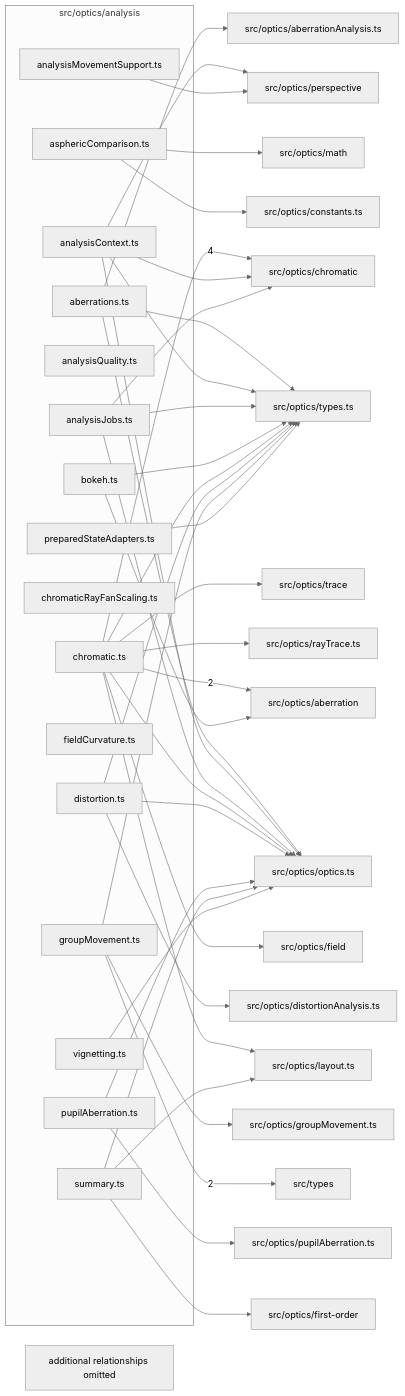
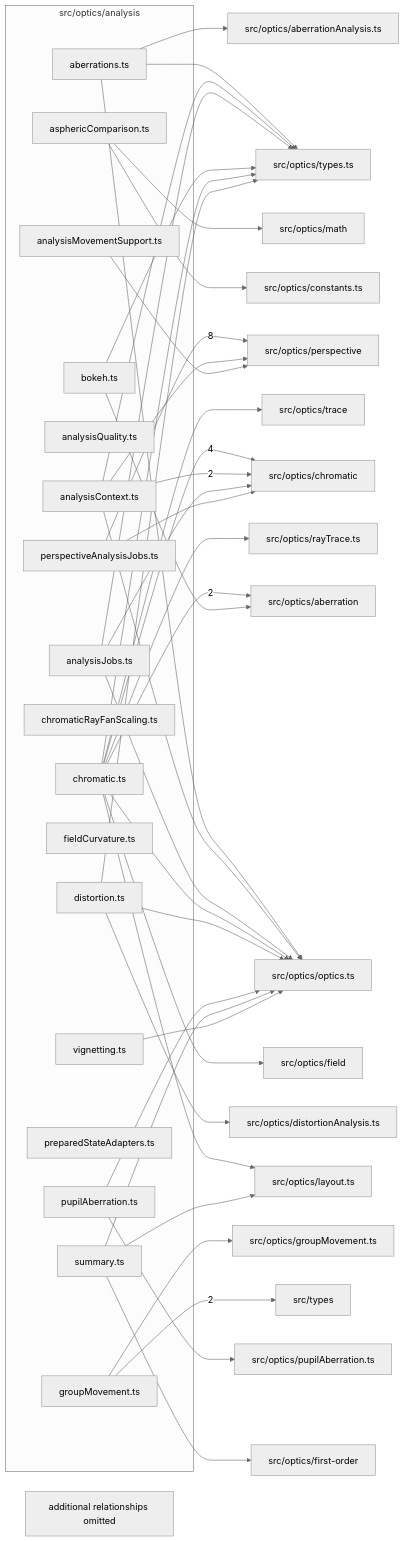
The diagram in src/optics/analysis/readme.md (ronbuening/LensVisualizer), drawn with Mermaid (neutral theme) before and after one commit. The commit also changed other lines of this file and 62 other files, not shown here.

Commit message:
feat: make perspective analyses movement aware

````diff
--- a/src/optics/analysis/readme.md
+++ b/src/optics/analysis/readme.md
@@ -9,75 +9,76 @@
 ```mermaid
 flowchart LR
   subgraph n_src_optics_analysis["src/optics/analysis"]
     n_src_optics_analysis_src_optics_analysis_aberrations_ts["aberrations.ts"]
     n_src_optics_analysis_src_optics_analysis_analysisContext_ts["analysisContext.ts"]
     n_src_optics_analysis_src_optics_analysis_analysisJobs_ts["analysisJobs.ts"]
     n_src_optics_analysis_src_optics_analysis_analysisMovementSupport_ts["analysisMovementSupport.ts"]
     n_src_optics_analysis_src_optics_analysis_analysisQuality_ts["analysisQuality.ts"]
     n_src_optics_analysis_src_optics_analysis_asphericComparison_ts["asphericComparison.ts"]
     n_src_optics_analysis_src_optics_analysis_bokeh_ts["bokeh.ts"]
     n_src_optics_analysis_src_optics_analysis_chromatic_ts["chromatic.ts"]
     n_src_optics_analysis_src_optics_analysis_chromaticRayFanScaling_ts["chromaticRayFanScaling.ts"]
     n_src_optics_analysis_src_optics_analysis_distortion_ts["distortion.ts"]
     n_src_optics_analysis_src_optics_analysis_fieldCurvature_ts["fieldCurvature.ts"]
     n_src_optics_analysis_src_optics_analysis_groupMovement_ts["groupMovement.ts"]
+    n_src_optics_analysis_src_optics_analysis_perspectiveAnalysisJobs_ts["perspectiveAnalysisJobs.ts"]
     n_src_optics_analysis_src_optics_analysis_preparedStateAdapters_ts["preparedStateAdapters.ts"]
     n_src_optics_analysis_src_optics_analysis_pupilAberration_ts["pupilAberration.ts"]
     n_src_optics_analysis_src_optics_analysis_summary_ts["summary.ts"]
     n_src_optics_analysis_src_optics_analysis_vignetting_ts["vignetting.ts"]
   end
+  n_external_src_optics_perspective["src/optics/perspective"]
   n_external_src_optics_chromatic["src/optics/chromatic"]
   n_external_src_optics_aberration["src/optics/aberration"]
   n_external_src_types["src/types"]
   n_external_src_optics_aberrationAnalysis_ts["src/optics/aberrationAnalysis.ts"]
   n_external_src_optics_constants_ts["src/optics/constants.ts"]
   n_external_src_optics_distortionAnalysis_ts["src/optics/distortionAnalysis.ts"]
   n_external_src_optics_field["src/optics/field"]
   n_external_src_optics_first_order["src/optics/first-order"]
   n_external_src_optics_groupMovement_ts["src/optics/groupMovement.ts"]
   n_external_src_optics_layout_ts["src/optics/layout.ts"]
   n_external_src_optics_math["src/optics/math"]
   n_external_src_optics_optics_ts["src/optics/optics.ts"]
-  n_external_src_optics_perspective["src/optics/perspective"]
   n_external_src_optics_pupilAberration_ts["src/optics/pupilAberration.ts"]
   n_external_src_optics_rayTrace_ts["src/optics/rayTrace.ts"]
   n_external_src_optics_trace["src/optics/trace"]
   n_external_src_optics_types_ts["src/optics/types.ts"]
+  n_src_optics_analysis_src_optics_analysis_perspectiveAnalysisJobs_ts --> |8| n_external_src_optics_perspective
   n_src_optics_analysis_src_optics_analysis_chromatic_ts --> |4| n_external_src_optics_chromatic
   n_src_optics_analysis_src_optics_analysis_chromatic_ts --> |2| n_external_src_optics_aberration
+  n_src_optics_analysis_src_optics_analysis_analysisContext_ts --> |2| n_external_src_optics_chromatic
   n_src_optics_analysis_src_optics_analysis_groupMovement_ts --> |2| n_external_src_types
   n_src_optics_analysis_src_optics_analysis_bokeh_ts --> n_external_src_optics_aberration
   n_src_optics_analysis_src_optics_analysis_aberrations_ts --> n_external_src_optics_aberrationAnalysis_ts
-  n_src_optics_analysis_src_optics_analysis_analysisContext_ts --> n_external_src_optics_chromatic
   n_src_optics_analysis_src_optics_analysis_analysisJobs_ts --> n_external_src_optics_chromatic
+  n_src_optics_analysis_src_optics_analysis_perspectiveAnalysisJobs_ts --> n_external_src_optics_chromatic
   n_src_optics_analysis_src_optics_analysis_asphericComparison_ts --> n_external_src_optics_constants_ts
   n_src_optics_analysis_src_optics_analysis_distortion_ts --> n_external_src_optics_distortionAnalysis_ts
   n_src_optics_analysis_src_optics_analysis_chromatic_ts --> n_external_src_optics_field
   n_src_optics_analysis_src_optics_analysis_summary_ts --> n_external_src_optics_first_order
   n_src_optics_analysis_src_optics_analysis_groupMovement_ts --> n_external_src_optics_groupMovement_ts
   n_src_optics_analysis_src_optics_analysis_chromatic_ts --> n_external_src_optics_layout_ts
   n_src_optics_analysis_src_optics_analysis_summary_ts --> n_external_src_optics_layout_ts
   n_src_optics_analysis_src_optics_analysis_asphericComparison_ts --> n_external_src_optics_math
   n_src_optics_analysis_src_optics_analysis_aberrations_ts --> n_external_src_optics_optics_ts
   n_src_optics_analysis_src_optics_analysis_analysisContext_ts --> n_external_src_optics_optics_ts
   n_src_optics_analysis_src_optics_analysis_analysisJobs_ts --> n_external_src_optics_optics_ts
   n_src_optics_analysis_src_optics_analysis_chromatic_ts --> n_external_src_optics_optics_ts
   n_src_optics_analysis_src_optics_analysis_distortion_ts --> n_external_src_optics_optics_ts
   n_src_optics_analysis_src_optics_analysis_pupilAberration_ts --> n_external_src_optics_optics_ts
   n_src_optics_analysis_src_optics_analysis_summary_ts --> n_external_src_optics_optics_ts
   n_src_optics_analysis_src_optics_analysis_vignetting_ts --> n_external_src_optics_optics_ts
   n_src_optics_analysis_src_optics_analysis_analysisContext_ts --> n_external_src_optics_perspective
   n_src_optics_analysis_src_optics_analysis_analysisMovementSupport_ts --> n_external_src_optics_perspective
   n_src_optics_analysis_src_optics_analysis_pupilAberration_ts --> n_external_src_optics_pupilAberration_ts
   n_src_optics_analysis_src_optics_analysis_chromatic_ts --> n_external_src_optics_rayTrace_ts
   n_src_optics_analysis_src_optics_analysis_chromatic_ts --> n_external_src_optics_trace
   n_src_optics_analysis_src_optics_analysis_aberrations_ts --> n_external_src_optics_types_ts
   n_src_optics_analysis_src_optics_analysis_analysisContext_ts --> n_external_src_optics_types_ts
   n_src_optics_analysis_src_optics_analysis_analysisJobs_ts --> n_external_src_optics_types_ts
   n_src_optics_analysis_src_optics_analysis_bokeh_ts --> n_external_src_optics_types_ts
   n_src_optics_analysis_src_optics_analysis_chromatic_ts --> n_external_src_optics_types_ts
   n_src_optics_analysis_src_optics_analysis_distortion_ts --> n_external_src_optics_types_ts
-  n_src_optics_analysis_src_optics_analysis_groupMovement_ts --> n_external_src_optics_types_ts
-  n_src_optics_analysis_src_optics_analysis_preparedStateAdapters_ts --> n_external_src_optics_types_ts
   n_src_optics_analysis_truncated["additional relationships omitted"]
 ```
````
